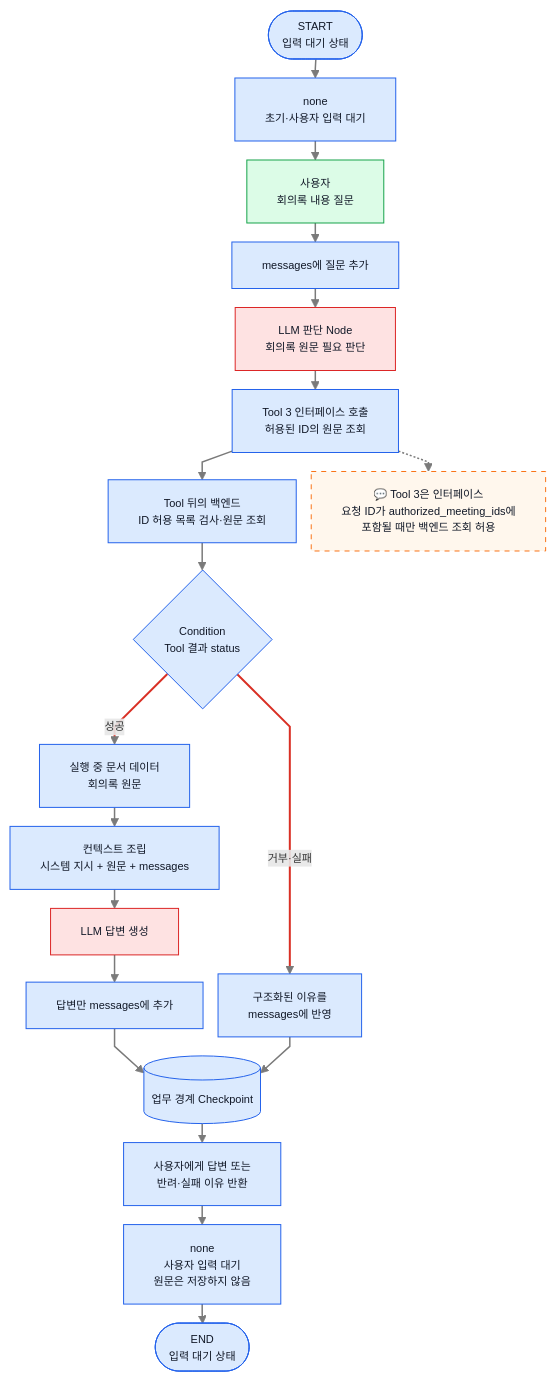
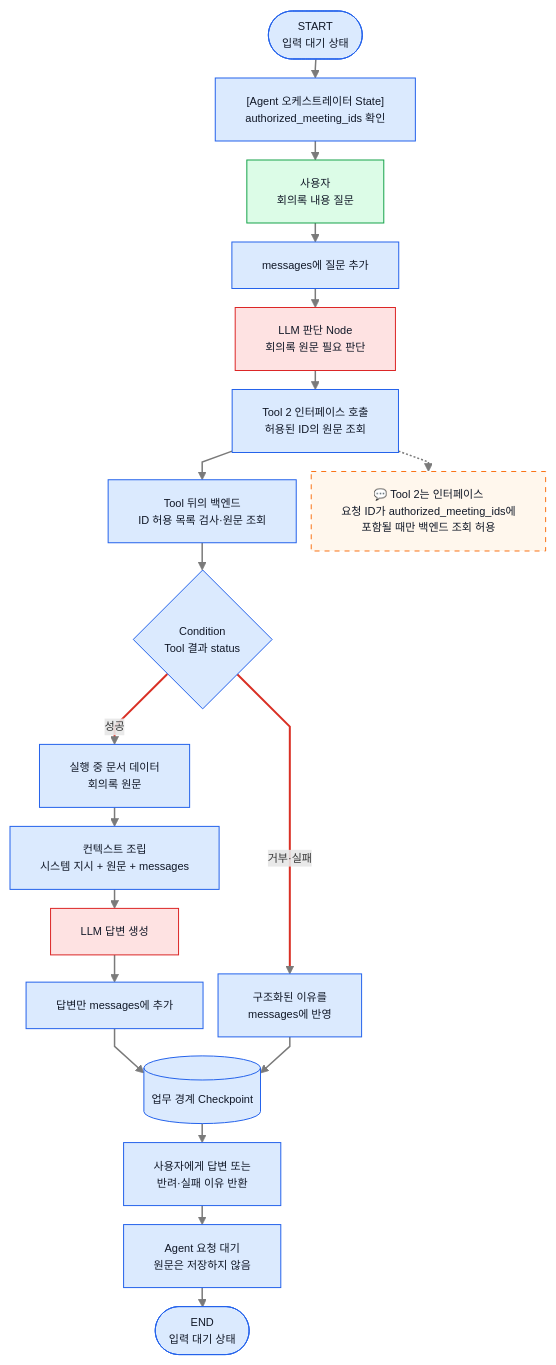
One commit to ericyum/Obsidian changed the eighth of 8 diagrams in ZENAI/에이전트 설계/회의록 에이전트 설계/1-2. 회의록 에이전트 워크플로우 Graph 상세.md. Above: the diagram before and after it, drawn with Mermaid. The commit also changed other lines of this file and 5 other files, not shown here.

````diff
--- a/ZENAI/에이전트 설계/회의록 에이전트 설계/1-2. 회의록 에이전트 워크플로우 Graph 상세.md
+++ b/ZENAI/에이전트 설계/회의록 에이전트 설계/1-2. 회의록 에이전트 워크플로우 Graph 상세.md
@@ -473,32 +455,32 @@
 ```mermaid
 %%{init: {"flowchart": {"useMaxWidth": true, "nodeSpacing": 15, "rankSpacing": 19, "curve": "linear"}, "themeVariables": {"fontSize": "11px"}}}%%
 flowchart TB
-    S(["START<br/>입력 대기 상태"]) --> ST["none<br/>초기·사용자 입력 대기"]
+    S(["START<br/>입력 대기 상태"]) --> ST["[Agent 오케스트레이터 State]<br/>authorized_meeting_ids 확인"]
     ST --> U["사용자<br/>회의록 내용 질문"]
     U --> SQ["messages에 질문 추가"]
     SQ --> A["LLM 판단 Node<br/>회의록 원문 필요 판단"]
-    A --> T3["Tool 3 인터페이스 호출<br/>허용된 ID의 원문 조회"]
-    T3 --> B["Tool 뒤의 백엔드<br/>ID 허용 목록 검사·원문 조회"]
+    A --> T2["Tool 2 인터페이스 호출<br/>허용된 ID의 원문 조회"]
+    T2 --> B["Tool 뒤의 백엔드<br/>ID 허용 목록 검사·원문 조회"]
     B --> RC{"Condition<br/>Tool 결과 status"}
     RC -->|"거부·실패"| ER["구조화된 이유를<br/>messages에 반영"]
     RC -->|"성공"| DOC["실행 중 문서 데이터<br/>회의록 원문"]
     DOC --> CTX["컨텍스트 조립<br/>시스템 지시 + 원문 + messages"]
     CTX --> L["LLM 답변 생성"]
     L --> SU["답변만 messages에 추가"]
     SU --> CP[("업무 경계 Checkpoint")]
     ER --> CP
     CP --> R["사용자에게 답변 또는<br/>반려·실패 이유 반환"]
-    R --> FS["none<br/>사용자 입력 대기<br/>원문은 저장하지 않음"]
+    R --> FS["Agent 요청 대기<br/>원문은 저장하지 않음"]
     FS --> E(["END<br/>입력 대기 상태"])
-    T3 -.-> NT["💬 Tool 3은 인터페이스<br/>요청 ID가 authorized_meeting_ids에<br/>포함될 때만 백엔드 조회 허용"]
+    T2 -.-> NT["💬 Tool 2는 인터페이스<br/>요청 ID가 authorized_meeting_ids에<br/>포함될 때만 백엔드 조회 허용"]
     classDef user fill:#dcfce7,stroke:#16a34a,color:#111827;
     classDef internal fill:#dbeafe,stroke:#2563eb,color:#111827;
     classDef llm fill:#fee2e2,stroke:#dc2626,color:#111827;
     classDef note fill:#fff7ed,stroke:#f97316,color:#111827,stroke-dasharray:5 5;
     class U user;
     class A,L llm;
     class NT note;
-    class S,ST,SQ,T3,B,RC,ER,DOC,CTX,SU,CP,R,FS,E internal;
+    class S,ST,SQ,T2,B,RC,ER,DOC,CTX,SU,CP,R,FS,E internal;
     linkStyle default stroke:#7a7a7a,stroke-width:1.5px;
     linkStyle 7,8 stroke:#d93025,stroke-width:2px;
 ```
````
